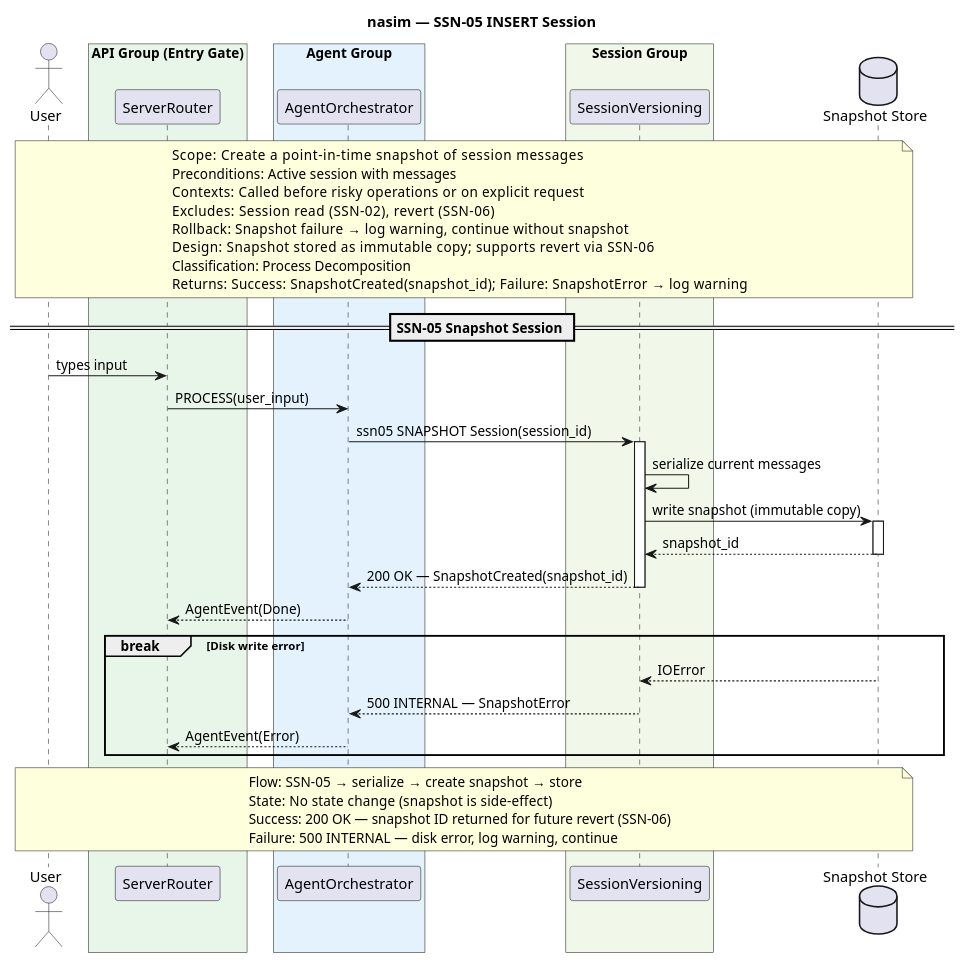
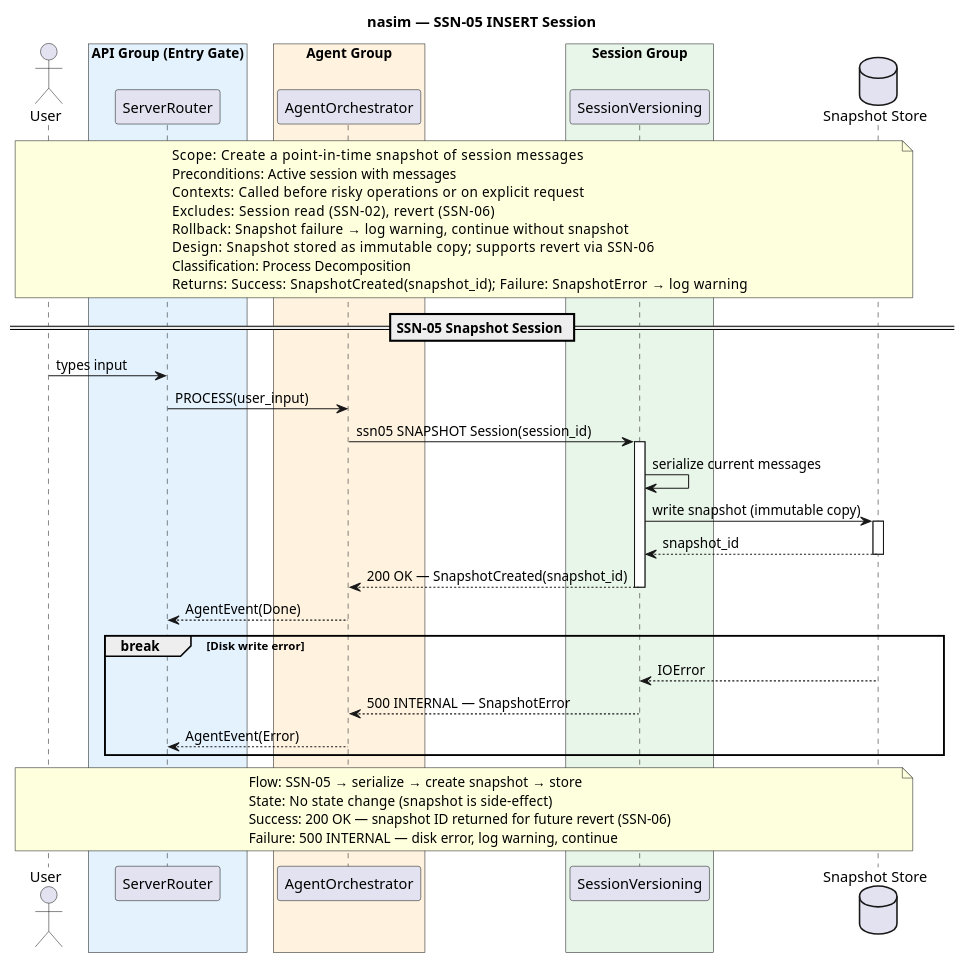
The diagram in docs/SQ/SSN/sq_ssn05_snapshot_session.puml (salimnamvar/nasim), drawn with PlantUML before and after one commit. The commit also changed 193 other files, not shown here.

First line of the commit message:
docs: Add role prompts and documentation for architectural refinement

```diff
--- a/docs/SQ/SSN/sq_ssn05_snapshot_session.puml
+++ b/docs/SQ/SSN/sq_ssn05_snapshot_session.puml
@@ -1,70 +1,70 @@
 @startuml sq_ssn05_snapshot_session
 ' ============================================================
 ' Title:     SSN-05 — Snapshot Session
 ' Boundary:  nasim code agent CLI
 ' Purpose:   Create a point-in-time snapshot of session state
 ' Milestone: v1.0
 ' Version:   9.1.0
 ' Source:    CAR refinement loop — API-First transformation
 ' Review:    docs/SQ/README.md
 ' ============================================================
 
 title nasim — SSN-05 INSERT Session
 
 actor "User" as user
 
-box "API Group (Entry Gate)" #E8F5E9
+box "API Group (Entry Gate)" #E3F2FD
   participant "ServerRouter" as router
 end box
-box "Agent Group" #E3F2FD
+box "Agent Group" #FFF3E0
   participant "AgentOrchestrator" as agent
 end box
-box "Session Group" #F1F8E9
+box "Session Group" #E8F5E9
   participant "SessionVersioning" as ver
 end box
 database "Snapshot Store" as snap
 
 note over user, snap
   Scope:          Create a point-in-time snapshot of session messages
   Preconditions:  Active session with messages
   Contexts:       Called before risky operations or on explicit request
   Excludes:       Session read (SSN-02), revert (SSN-06)
   Rollback:       Snapshot failure → log warning, continue without snapshot
   Design:         Snapshot stored as immutable copy; supports revert via SSN-06
   Classification: Process Decomposition
   Returns:        Success: SnapshotCreated(snapshot_id); Failure: SnapshotError → log warning
 end note
 
 == SSN-05 Snapshot Session ==
 
 user -> router : types input
 router -> agent : PROCESS(user_input)
 
 agent -> ver : ssn05 SNAPSHOT Session(session_id)
 activate ver
 
 ver -> ver : serialize current messages
 ver -> snap : write snapshot (immutable copy)
 activate snap
 snap --> ver : snapshot_id
 deactivate snap
 
 ver --> agent : 200 OK — SnapshotCreated(snapshot_id)
 deactivate ver
 
 agent --> router : AgentEvent(Done)
 
 break Disk write error
     snap --> ver : IOError
     ver --> agent : 500 INTERNAL — SnapshotError
     agent --> router : AgentEvent(Error)
 end
 
 note over user, snap
   Flow:    SSN-05 → serialize → create snapshot → store
   State:   No state change (snapshot is side-effect)
   Success: 200 OK — snapshot ID returned for future revert (SSN-06)
   Failure: 500 INTERNAL — disk error, log warning, continue
 end note
 
 @enduml
```
